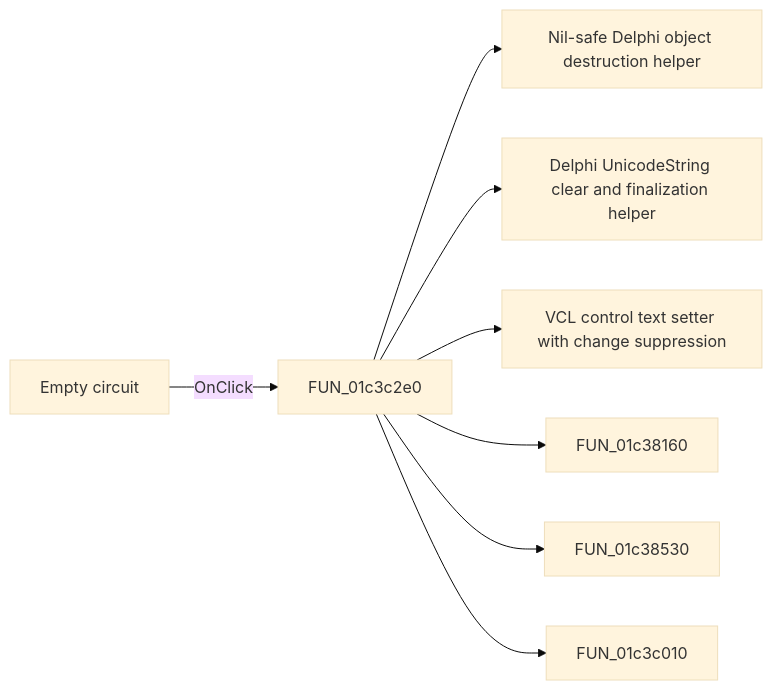
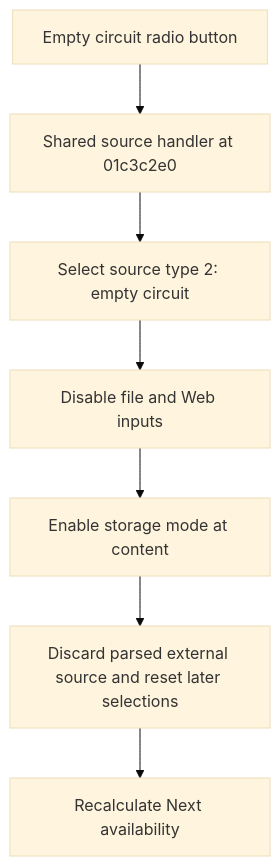
The diagram in docs/ui-controls/fmacrowiz/rbemptycircuit-524aa2598b.md (MovGP0/TIARA), drawn with Mermaid (base theme) before and after one commit. The commit also changed other lines of this file and 387 other files, not shown here.

````diff
--- a/docs/ui-controls/fmacrowiz/rbemptycircuit-524aa2598b.md
+++ b/docs/ui-controls/fmacrowiz/rbemptycircuit-524aa2598b.md
@@ -27,10 +20,9 @@
 ```mermaid
-flowchart LR
-    control["Empty circuit"] -->|OnClick| handler["FUN_01c3c2e0"]
-    handler --> call1["Nil-safe Delphi object destruction helper"]
-    handler --> call2["Delphi UnicodeString clear and finalization helper"]
-    handler --> call3["VCL control text setter with change suppression"]
-    handler --> call4["FUN_01c38160"]
-    handler --> call5["FUN_01c38530"]
-    handler --> call6["FUN_01c3c010"]
+flowchart TD
+    control["Empty circuit radio button"] --> handler["Shared source handler at 01c3c2e0"]
+    handler --> mode["Select source type 2: empty circuit"]
+    mode --> inputs["Disable file and Web inputs"]
+    inputs --> storage["Enable storage mode at content"]
+    storage --> reset["Discard parsed external source and reset later selections"]
+    reset --> navigation["Recalculate Next availability"]
 ```
````
